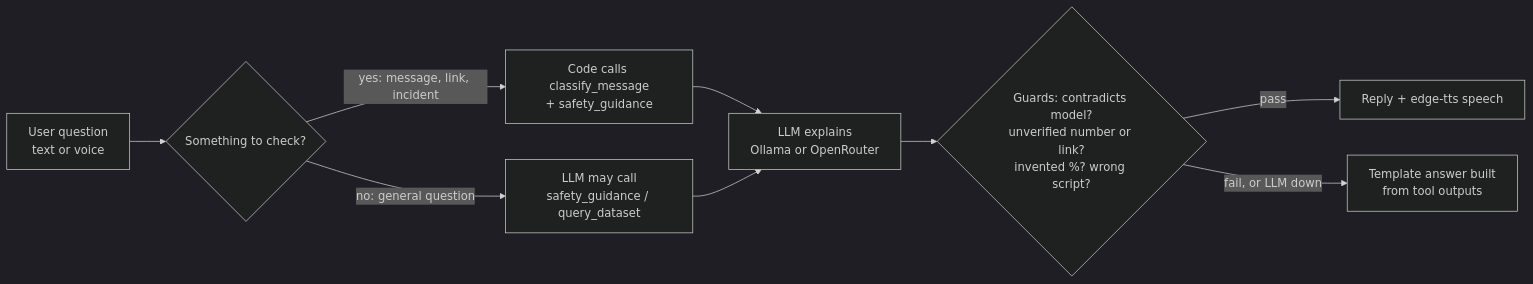
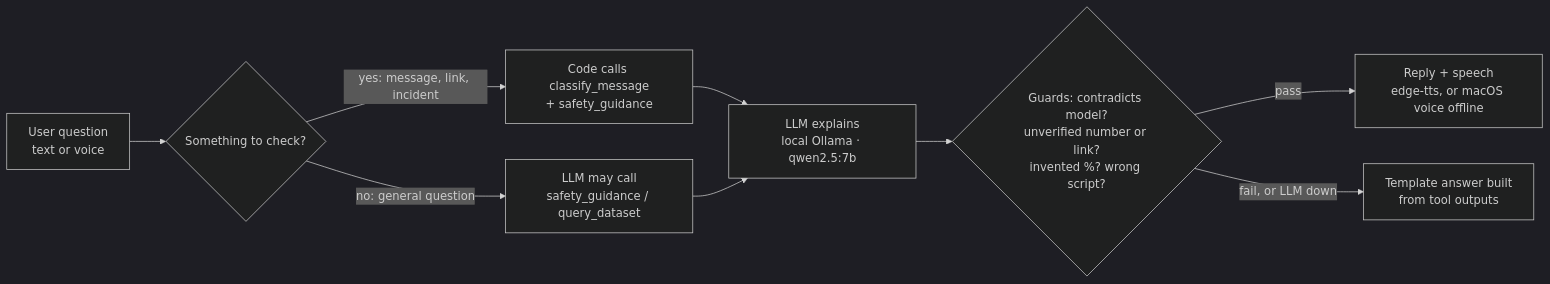
Before and after one commit to Yuvrajvarthan/kavach-ai: the second of 2 diagrams in README.md, drawn with Mermaid (dark theme). The commit also changed other lines of this file and 10 other files, not shown here.

First line of the commit message:
Make Kavach AI local-only: Ollama assistant, offline voice fallback, README update

````diff
--- a/README.md
+++ b/README.md
@@ -60,11 +65,11 @@
 ```mermaid
 flowchart LR
     Q["User question<br/>text or voice"] --> RT{"Something to check?"}
     RT -- "yes: message, link, incident" --> F["Code calls classify_message<br/>+ safety_guidance"]
     RT -- "no: general question" --> G["LLM may call<br/>safety_guidance / query_dataset"]
-    F --> LLM["LLM explains<br/>Ollama or OpenRouter"]
+    F --> LLM["LLM explains<br/>local Ollama · qwen2.5:7b"]
     G --> LLM
     LLM --> GD{"Guards: contradicts model?<br/>unverified number or link?<br/>invented %? wrong script?"}
-    GD -- pass --> OUT["Reply + edge-tts speech"]
+    GD -- pass --> OUT["Reply + speech<br/>edge-tts, or macOS voice offline"]
     GD -- "fail, or LLM down" --> TPL["Template answer built<br/>from tool outputs"]
 ```
````
